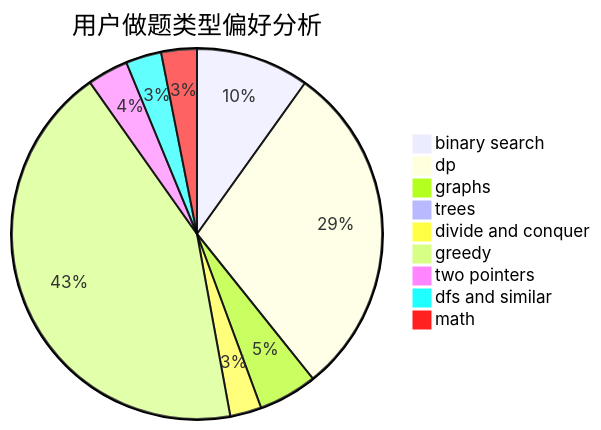
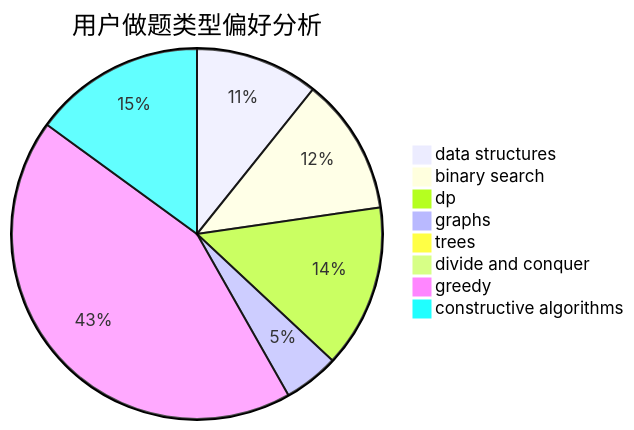
Before and after one commit to sherpahu/cfrs.github.io: the second of 3 diagrams in docs/user/u461.md, drawn with Mermaid. The commit also changed other lines of this file and 2775 other files, not shown here.

````diff
--- a/docs/user/u461.md
+++ b/docs/user/u461.md
@@ -23,12 +23,11 @@
 ```mermaid
 pie title 用户做题类型偏好分析
-    "binary search" :  108
-    "dp" :  321
-    "graphs" :  56
+    "data structures" :  89
+    "binary search" :  99
+    "dp" :  118
+    "graphs" :  40
     "trees" :  3
-    "divide and conquer" :  30
-    "greedy" :  471
-    "two pointers" :  39
-    "dfs and similar" :  34
-    "math" :  34
+    "divide and conquer" :  1
+    "greedy" :  358
+    "constructive algorithms" :  124
 ```
````
